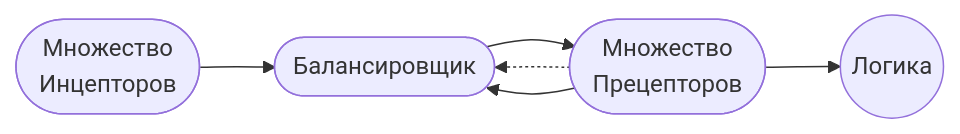
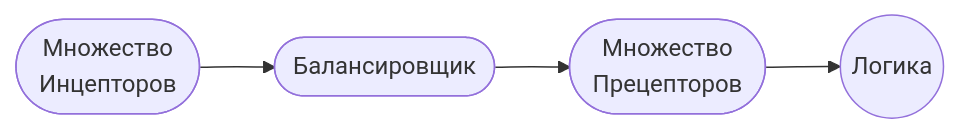
The second of 2 diagrams in ru/msa.md (johnthesmith/scraps), drawn with Mermaid before and after one commit.

````diff
--- a/ru/msa.md
+++ b/ru/msa.md
@@ -55,14 +55,12 @@
 ```mermaid
 flowchart LR
 
 balancer_inner([ Балансировщик ])
 preceptor([Множество<br>Прецепторов])
 inceptor([Множество<br>Инцепторов])
 rig((Логика))
 
 inceptor --> balancer_inner
 balancer_inner --> preceptor
-preceptor -.-> balancer_inner
-preceptor --> balancer_inner
 preceptor --> rig
 ```
````
